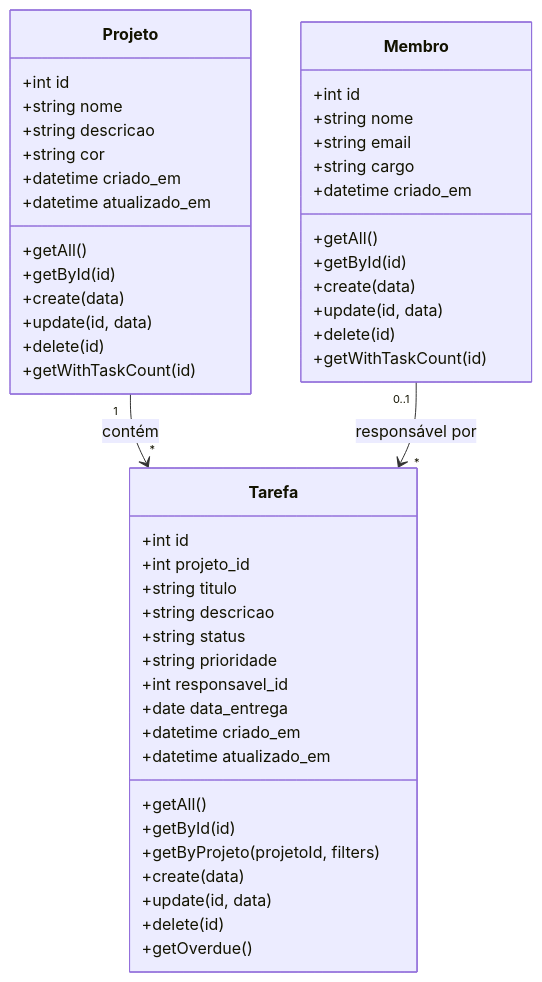
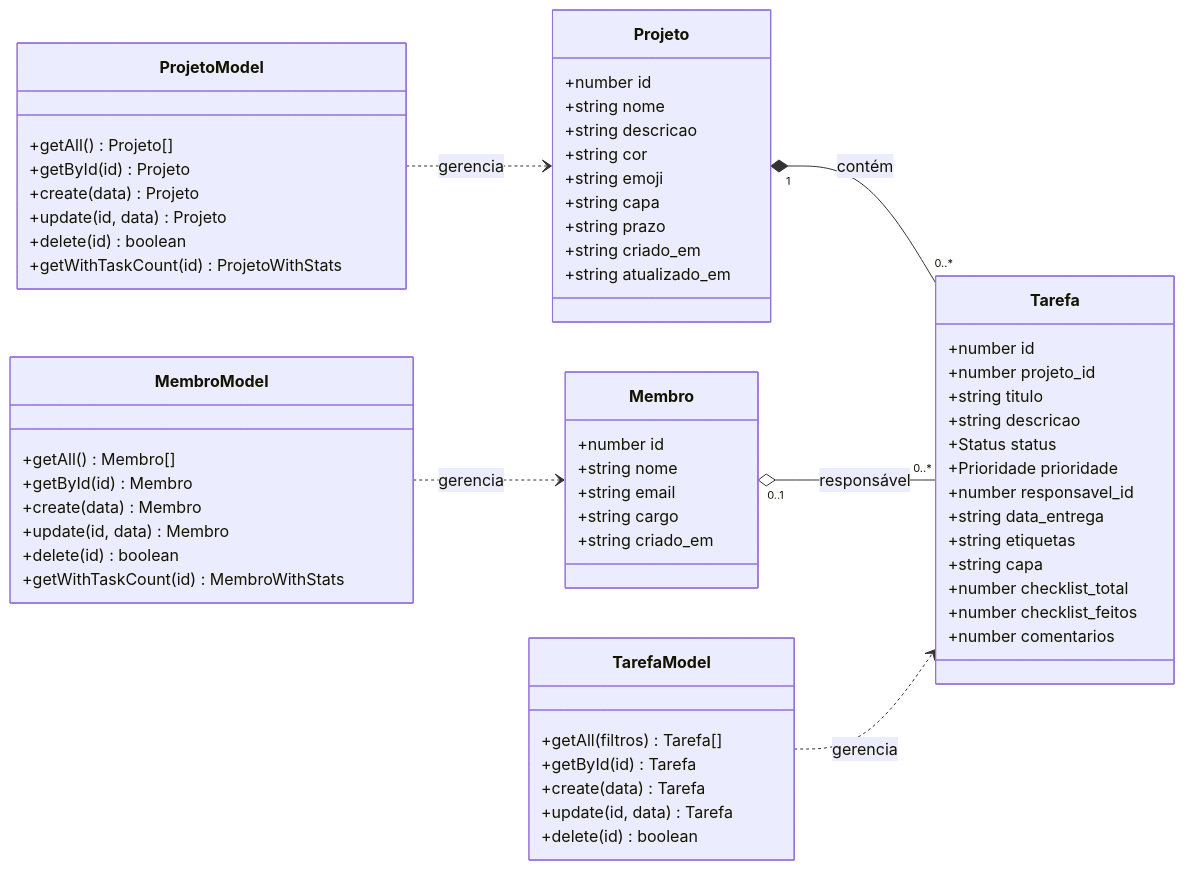
One commit to joaogpnfs/tarefas-gestor changed the third of 5 diagrams in documentacao/documentacao.md. Above: the diagram before and after it, drawn with Mermaid. The commit also changed other lines of this file, not shown here.

````diff
--- a/documentacao/documentacao.md
+++ b/documentacao/documentacao.md
@@ -290,54 +376,65 @@
 ```mermaid
 classDiagram
+    direction LR
     class Projeto {
-        +int id
+        +number id
         +string nome
         +string descricao
         +string cor
-        +datetime criado_em
-        +datetime atualizado_em
-        +getAll()
-        +getById(id)
-        +create(data)
-        +update(id, data)
-        +delete(id)
-        +getWithTaskCount(id)
+        +string emoji
+        +string capa
+        +string prazo
+        +string criado_em
+        +string atualizado_em
     }
-    
     class Tarefa {
-        +int id
-        +int projeto_id
+        +number id
+        +number projeto_id
         +string titulo
         +string descricao
-        +string status
-        +string prioridade
-        +int responsavel_id
-        +date data_entrega
-        +datetime criado_em
-        +datetime atualizado_em
-        +getAll()
-        +getById(id)
-        +getByProjeto(projetoId, filters)
-        +create(data)
-        +update(id, data)
-        +delete(id)
-        +getOverdue()
+        +Status status
+        +Prioridade prioridade
+        +number responsavel_id
+        +string data_entrega
+        +string etiquetas
+        +string capa
+        +number checklist_total
+        +number checklist_feitos
+        +number comentarios
     }
-    
     class Membro {
-        +int id
+        +number id
         +string nome
         +string email
         +string cargo
-        +datetime criado_em
-        +getAll()
-        +getById(id)
-        +create(data)
-        +update(id, data)
-        +delete(id)
-        +getWithTaskCount(id)
+        +string criado_em
     }
-    
-    Projeto "1" --> "*" Tarefa : contém
-    Membro "0..1" --> "*" Tarefa : responsável por
+    class ProjetoModel {
+        +getAll() Projeto[]
+        +getById(id) Projeto
+        +create(data) Projeto
+        +update(id, data) Projeto
+        +delete(id) boolean
+        +getWithTaskCount(id) ProjetoWithStats
+    }
+    class TarefaModel {
+        +getAll(filtros) Tarefa[]
+        +getById(id) Tarefa
+        +create(data) Tarefa
+        +update(id, data) Tarefa
+        +delete(id) boolean
+    }
+    class MembroModel {
+        +getAll() Membro[]
+        +getById(id) Membro
+        +create(data) Membro
+        +update(id, data) Membro
+        +delete(id) boolean
+        +getWithTaskCount(id) MembroWithStats
+    }
+    Projeto "1" *-- "0..*" Tarefa : contém
+    Membro "0..1" o-- "0..*" Tarefa : responsável
+    ProjetoModel ..> Projeto : gerencia
+    TarefaModel ..> Tarefa : gerencia
+    MembroModel ..> Membro : gerencia
 ```
````
